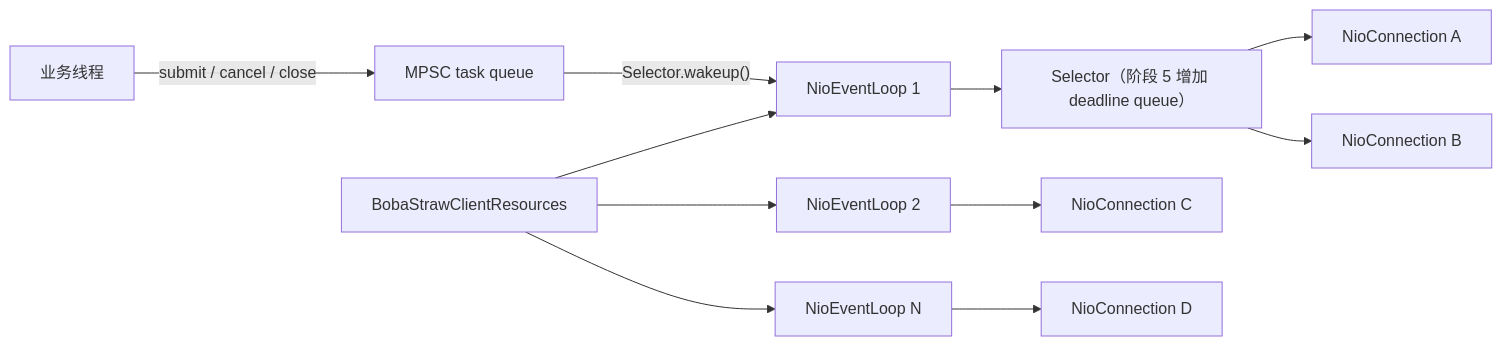
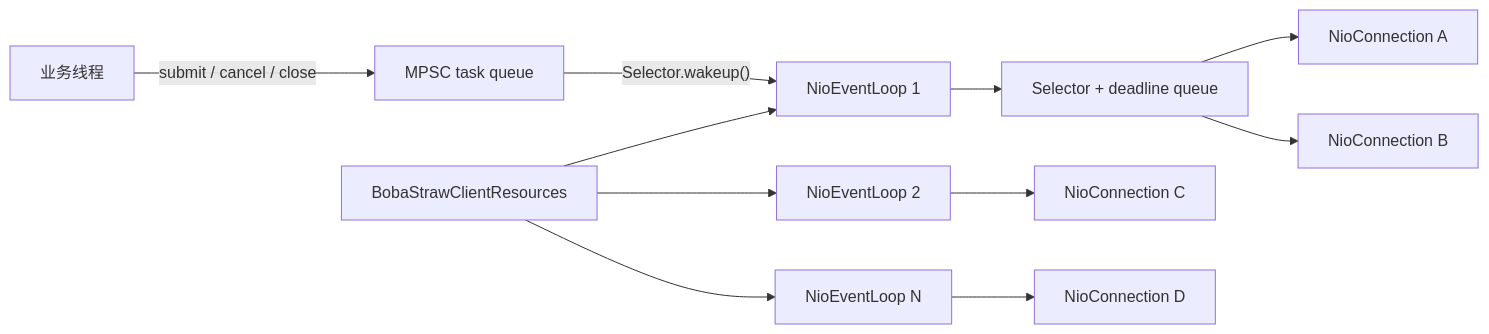
One commit to susongyan/boba-straw changed the first of 5 diagrams in docs/architecture/network-model.md. Above: the diagram before and after it, drawn with Mermaid. The commit also changed other lines of this file and 7 other files, not shown here.

````diff
--- a/docs/architecture/network-model.md
+++ b/docs/architecture/network-model.md
@@ -37,13 +41,13 @@
 ```mermaid
 flowchart LR
     App["业务线程"] -->|"submit / cancel / close"| Tasks["MPSC task queue"]
     Tasks -->|"Selector.wakeup()"| Loop1["NioEventLoop 1"]
     Resources["BobaStrawClientResources"] --> Loop1
     Resources --> Loop2["NioEventLoop 2"]
     Resources --> LoopN["NioEventLoop N"]
-    Loop1 --> Selector1["Selector（阶段 5 增加 deadline queue）"]
+    Loop1 --> Selector1["Selector + deadline queue"]
     Selector1 --> A["NioConnection A"]
     Selector1 --> B["NioConnection B"]
     Loop2 --> C["NioConnection C"]
     LoopN --> D["NioConnection D"]
 ```
````
